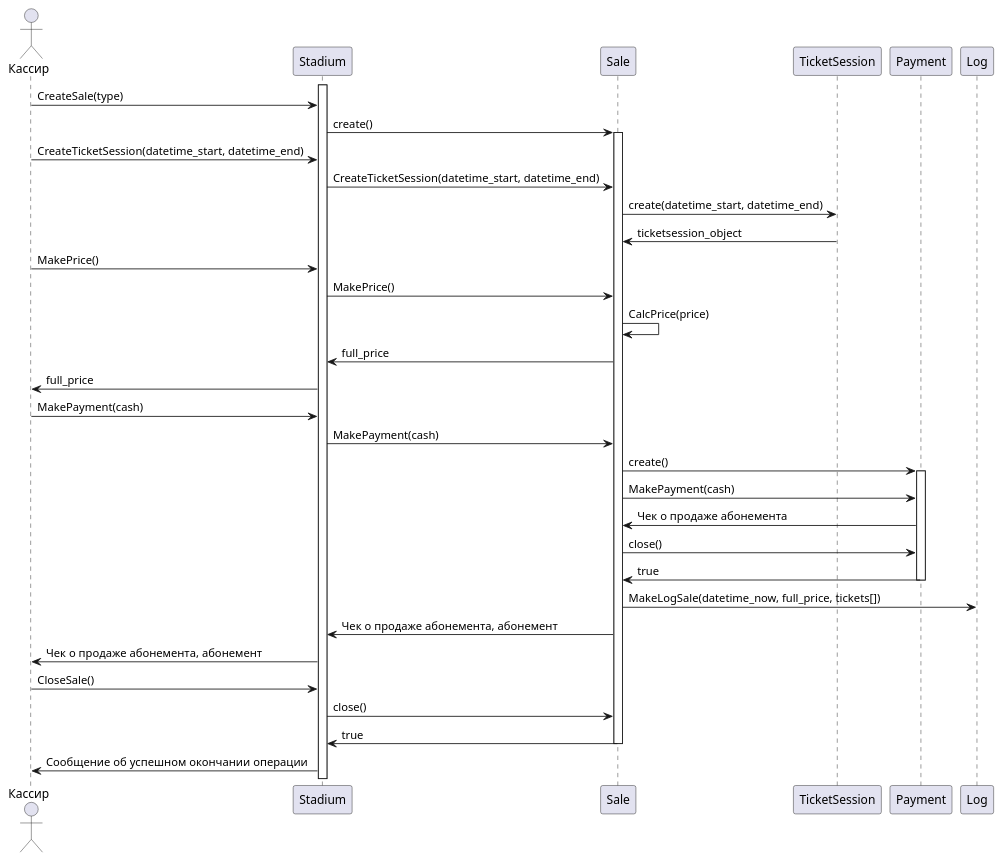
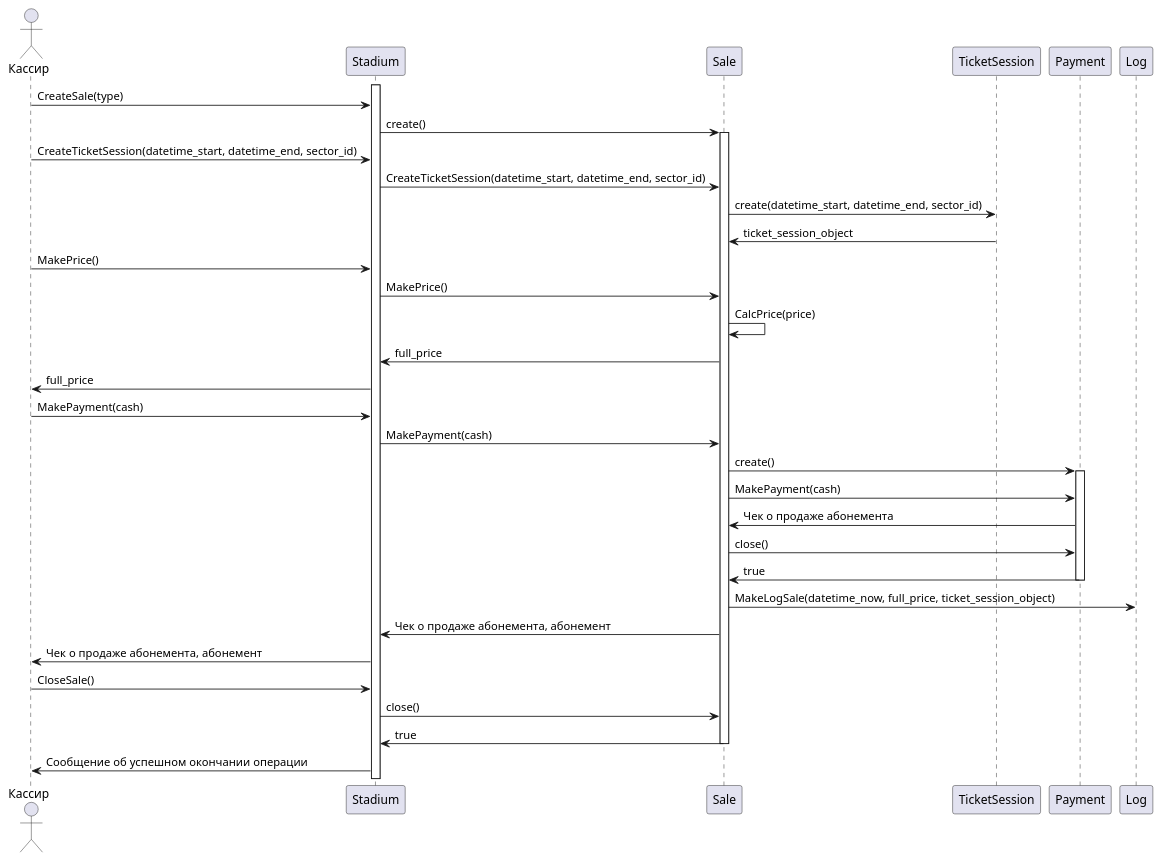
The diagram in Прецеденты/Диаграмма продажи абонемента.md (penamarth/bsbo-03-23_team4_var10_football), drawn with PlantUML before and after one commit. The commit also changed 4 other files, not shown here.

Commit message:
Мелкие правки всех диаграмм

````diff
--- a/Прецеденты/Диаграмма продажи абонемента.md
+++ b/Прецеденты/Диаграмма продажи абонемента.md
@@ -1,49 +1,49 @@
 ```plantuml
 @startuml
 actor Кассир
 
 activate Stadium
 
 Кассир -> Stadium : CreateSale(type)
 Stadium -> Sale : create()
 activate Sale
 
-Кассир -> Stadium : CreateTicketSession(datetime_start, datetime_end)
-Stadium -> Sale : CreateTicketSession(datetime_start, datetime_end)
-Sale -> TicketSession : create(datetime_start, datetime_end)
-Sale <- TicketSession : ticketsession_object
+Кассир -> Stadium : CreateTicketSession(datetime_start, datetime_end, sector_id)
+Stadium -> Sale : CreateTicketSession(datetime_start, datetime_end, sector_id)
+Sale -> TicketSession : create(datetime_start, datetime_end, sector_id)
+Sale <- TicketSession : ticket_session_object
 
 
 Кассир -> Stadium : MakePrice()
 Stadium -> Sale : MakePrice()
 
 Sale -> Sale : CalcPrice(price)
 
 
 Stadium <- Sale : full_price
 Кассир <- Stadium : full_price
 
 Кассир -> Stadium : MakePayment(cash)
 Stadium -> Sale : MakePayment(cash)
 Sale -> Payment : create()
 
 activate Payment
 Sale -> Payment : MakePayment(cash)
 Sale <- Payment : Чек о продаже абонемента
 Sale -> Payment : close()
 Sale <- Payment : true
 deactivate Payment
 
-Sale -> Log : MakeLogSale(datetime_now, full_price, tickets[])
+Sale -> Log : MakeLogSale(datetime_now, full_price, ticket_session_object)
 
 Stadium <- Sale : Чек о продаже абонемента, абонемент
 Кассир <- Stadium : Чек о продаже абонемента, абонемент
 
 
 Кассир -> Stadium : CloseSale()
 Stadium -> Sale : close()
 Stadium <- Sale : true
 deactivate Sale
 Кассир <- Stadium : Сообщение об успешном окончании операции
 @enduml
 ```
````
